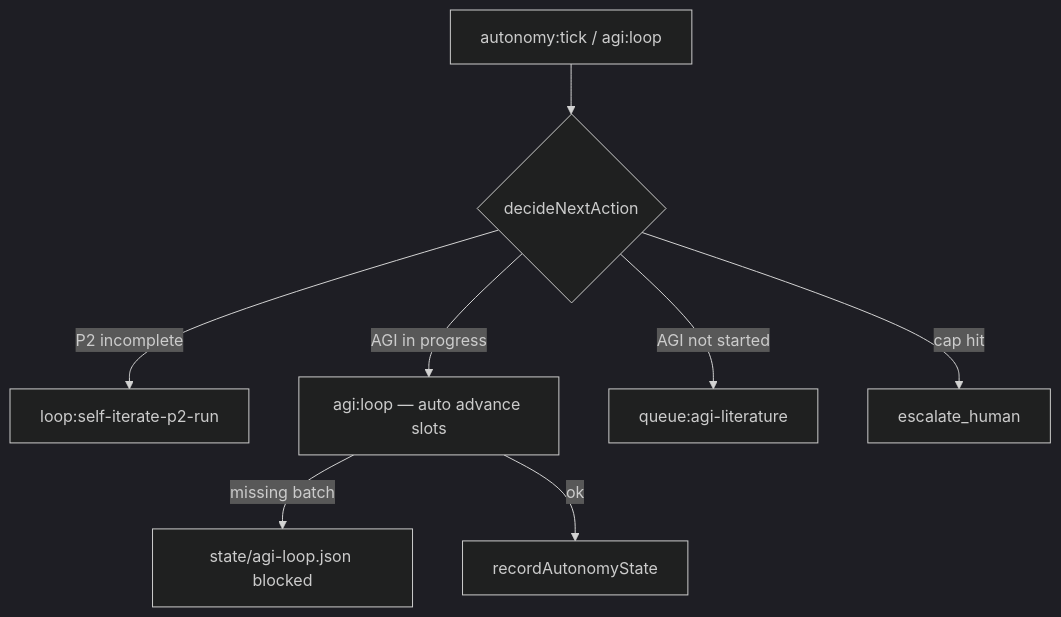
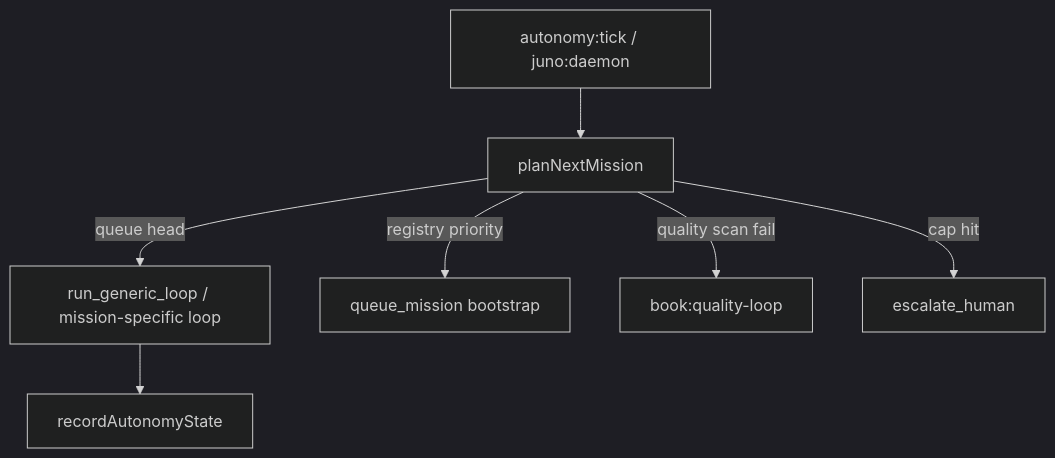
Before and after one commit to FranklinNexus/Juno-Oversight: the diagram in wiki/juno-bounded-autonomy.md, drawn with Mermaid (dark theme). The commit also changed other lines of this file and 13 other files, not shown here.

Commit message:
Add mission planner and juno daemon for charter-driven autonomy.

````diff
--- a/wiki/juno-bounded-autonomy.md
+++ b/wiki/juno-bounded-autonomy.md
@@ -35,10 +39,9 @@
 ```mermaid
 flowchart TD
-  T[autonomy:tick / agi:loop] --> D{decideNextAction}
-  D -->|P2 incomplete| R[loop:self-iterate-p2-run]
-  D -->|AGI in progress| L[agi:loop — auto advance slots]
-  D -->|AGI not started| Q[queue:agi-literature]
-  D -->|cap hit| E[escalate_human]
-  L -->|missing batch| B[state/agi-loop.json blocked]
-  L -->|ok| REC[recordAutonomyState]
+  T[autonomy:tick / juno:daemon] --> P[planNextMission]
+  P -->|queue head| G[run_generic_loop / mission-specific loop]
+  P -->|registry priority| Q[queue_mission bootstrap]
+  P -->|quality scan fail| BQ[book:quality-loop]
+  P -->|cap hit| E[escalate_human]
+  G --> REC[recordAutonomyState]
 ```
````
